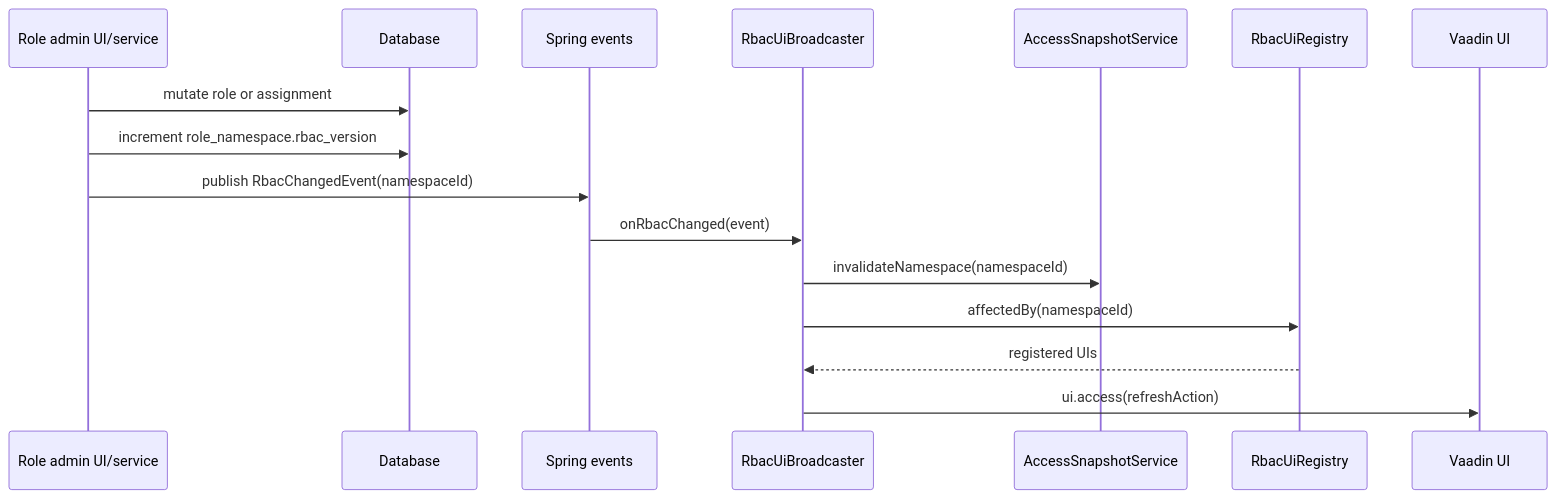
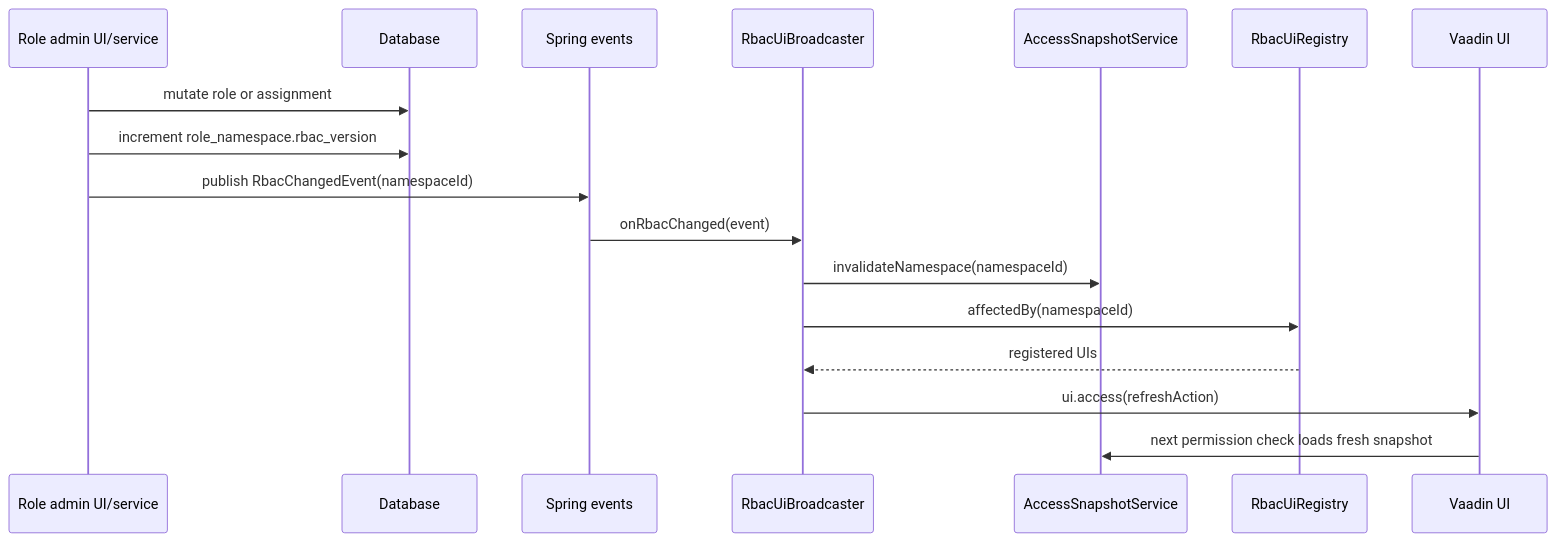
Before and after one commit to cristiandlahoz/socratic-tutor: the sixth of 6 diagrams in docs/rbac.md, drawn with Mermaid. The commit also changed other lines of this file and 1 other file, not shown here.

First line of the commit message:
docs: clarify RBAC thesis diagrams

````diff
--- a/docs/rbac.md
+++ b/docs/rbac.md
@@ -521,19 +560,20 @@
 ```mermaid
 sequenceDiagram
     participant Admin as Role admin UI/service
     participant DB as Database
     participant Events as Spring events
     participant Broadcaster as RbacUiBroadcaster
     participant Cache as AccessSnapshotService
     participant Registry as RbacUiRegistry
     participant UI as Vaadin UI
 
     Admin->>DB: mutate role or assignment
     Admin->>DB: increment role_namespace.rbac_version
     Admin->>Events: publish RbacChangedEvent(namespaceId)
     Events->>Broadcaster: onRbacChanged(event)
     Broadcaster->>Cache: invalidateNamespace(namespaceId)
     Broadcaster->>Registry: affectedBy(namespaceId)
     Registry-->>Broadcaster: registered UIs
     Broadcaster->>UI: ui.access(refreshAction)
+    UI->>Cache: next permission check loads fresh snapshot
 ```
````
